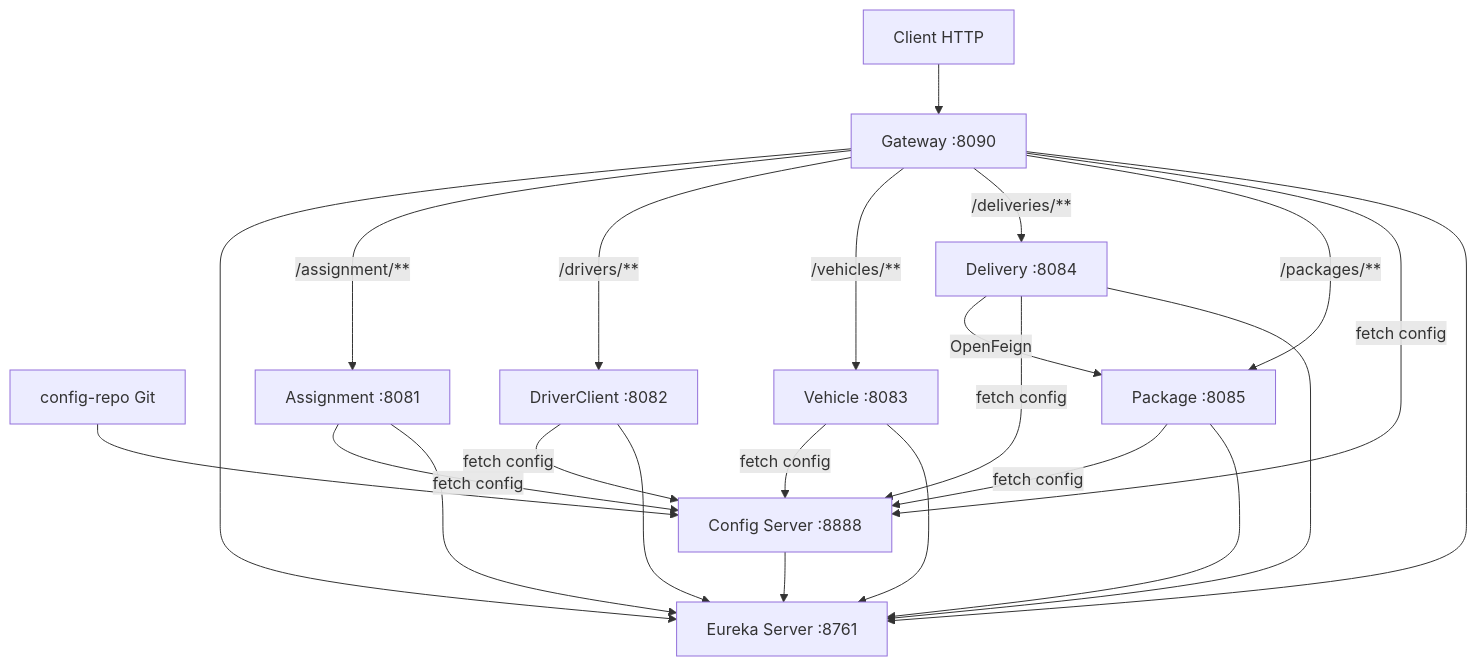
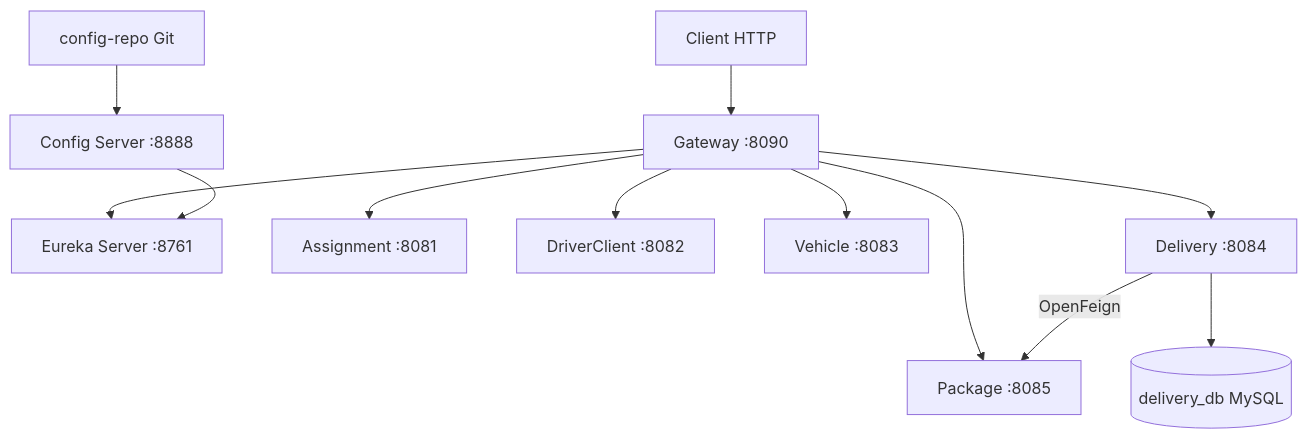
The diagram in README.md (AzizHadrouk1/DeliverX), drawn with Mermaid before and after one commit. The commit also changed other lines of this file and 42 other files, not shown here.

````diff
--- a/README.md
+++ b/README.md
@@ -7,29 +21,16 @@
 ```mermaid
 flowchart TB
     Client[Client HTTP] --> Gateway[Gateway :8090]
     Gateway --> Eureka[Eureka Server :8761]
     ConfigServer[Config Server :8888] --> Eureka
     GitRepo[config-repo Git] --> ConfigServer
 
-    Gateway -->|"/assignment/**"| Assignment[Assignment :8081]
-    Gateway -->|"/drivers/**"| DriverClient[DriverClient :8082]
-    Gateway -->|"/vehicles/**"| Vehicle[Vehicle :8083]
-    Gateway -->|"/deliveries/**"| Delivery[Delivery :8084]
-    Gateway -->|"/packages/**"| Package[Package :8085]
+    Gateway --> Assignment[Assignment :8081]
+    Gateway --> DriverClient[DriverClient :8082]
+    Gateway --> Vehicle[Vehicle :8083]
+    Gateway --> Delivery[Delivery :8084]
+    Gateway --> Package[Package :8085]
 
     Delivery -->|"OpenFeign"| Package
-
-    Gateway -->|fetch config| ConfigServer
-    Assignment -->|fetch config| ConfigServer
-    DriverClient -->|fetch config| ConfigServer
-    Vehicle -->|fetch config| ConfigServer
-    Delivery -->|fetch config| ConfigServer
-    Package -->|fetch config| ConfigServer
-
-    Assignment --> Eureka
-    DriverClient --> Eureka
-    Vehicle --> Eureka
-    Delivery --> Eureka
-    Package --> Eureka
-    Gateway --> Eureka
+    Delivery --> DeliveryDB[(delivery_db MySQL)]
 ```
````
